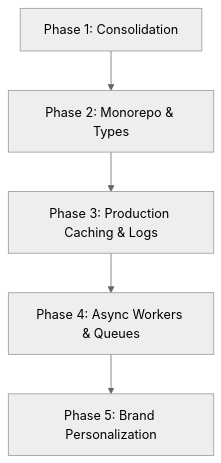
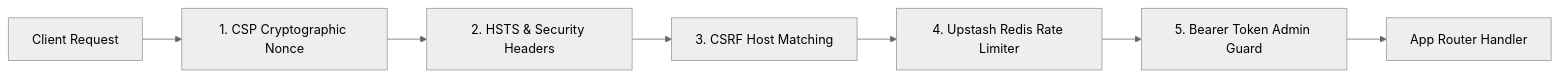
The third of 4 diagrams in README.md (theninthfoundry/otaru-), drawn with Mermaid (neutral theme) before and after one commit. The commit also changed other lines of this file and 17 other files, not shown here.

````diff
--- a/README.md
+++ b/README.md
@@ -58,7 +424,9 @@
 ```mermaid
-graph TD
-    A[Phase 1: Consolidation] --> B[Phase 2: Monorepo & Types]
-    B --> C[Phase 3: Production Caching & Logs]
-    C --> D[Phase 4: Async Workers & Queues]
-    D --> E[Phase 5: Brand Personalization]
+flowchart LR
+    REQ[Client Request] --> CSP[1. CSP Cryptographic Nonce]
+    CSP --> HSTS[2. HSTS & Security Headers]
+    HSTS --> CSRF[3. CSRF Host Matching]
+    CSRF --> REDIS[4. Upstash Redis Rate Limiter]
+    REDIS --> ADMIN[5. Bearer Token Admin Guard]
+    ADMIN --> APP[App Router Handler]
 ```
````
